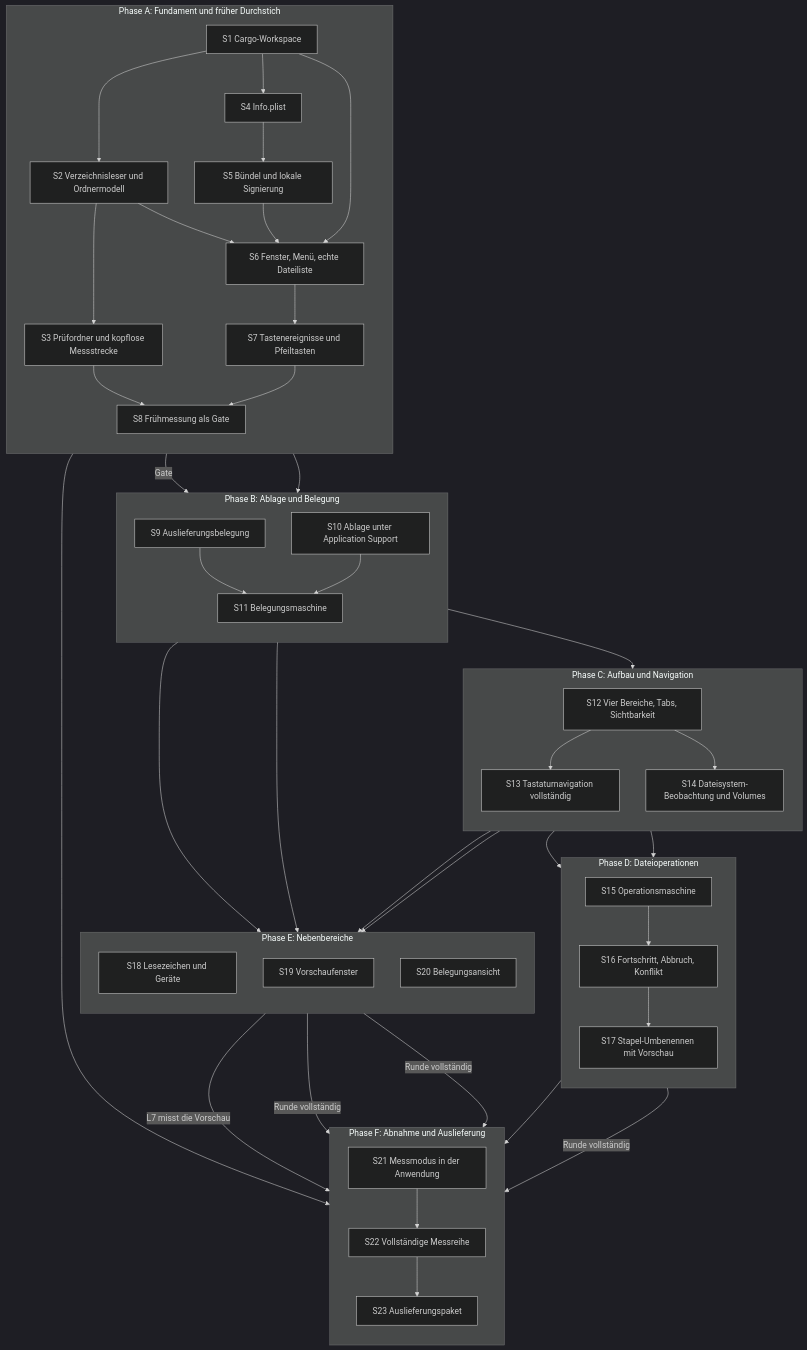
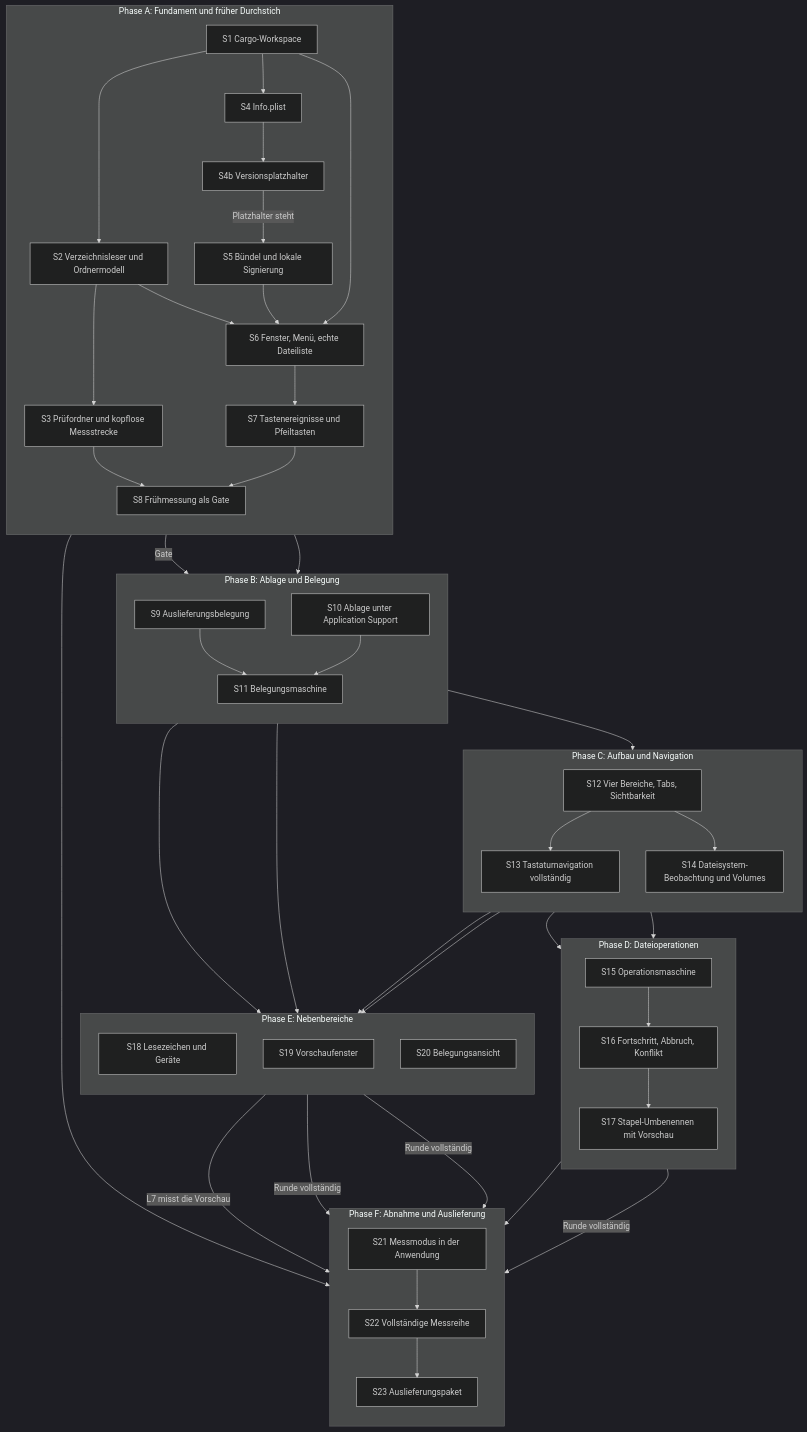
Before and after one commit to tenzoki/krk: the fourth of 4 diagrams in fusion-workbench/circles/260802-0842-krk-mac-dateimanager-editor-git/planning/260802-1428_o_plan-navigator-geruest-runde-1.md, drawn with Mermaid (dark theme). The commit also changed other lines of this file and 9 other files, not shown here.

````diff
--- a/fusion-workbench/circles/260802-0842-krk-mac-dateimanager-editor-git/planning/260802-1428_o_plan-navigator-geruest-runde-1.md
+++ b/fusion-workbench/circles/260802-0842-krk-mac-dateimanager-editor-git/planning/260802-1428_o_plan-navigator-geruest-runde-1.md
@@ -303,78 +316,80 @@
 ```mermaid
 flowchart TD
   subgraph A["Phase A: Fundament und früher Durchstich"]
     direction TB
     S1["S1 Cargo-Workspace"]
     S2["S2 Verzeichnisleser und Ordnermodell"]
     S3["S3 Prüfordner und kopflose Messstrecke"]
     S4["S4 Info.plist"]
+    S4B["S4b Versionsplatzhalter"]
     S5["S5 Bündel und lokale Signierung"]
     S6["S6 Fenster, Menü, echte Dateiliste"]
     S7["S7 Tastenereignisse und Pfeiltasten"]
     S8["S8 Frühmessung als Gate"]
   end
   subgraph B["Phase B: Ablage und Belegung"]
     direction TB
     S9["S9 Auslieferungsbelegung"]
     S10["S10 Ablage unter Application Support"]
     S11["S11 Belegungsmaschine"]
   end
   subgraph C["Phase C: Aufbau und Navigation"]
     direction TB
     S12["S12 Vier Bereiche, Tabs, Sichtbarkeit"]
     S13["S13 Tastaturnavigation vollständig"]
     S14["S14 Dateisystem-Beobachtung und Volumes"]
   end
   subgraph D["Phase D: Dateioperationen"]
     direction TB
     S15["S15 Operationsmaschine"]
     S16["S16 Fortschritt, Abbruch, Konflikt"]
     S17["S17 Stapel-Umbenennen mit Vorschau"]
   end
   subgraph E["Phase E: Nebenbereiche"]
     direction TB
     S18["S18 Lesezeichen und Geräte"]
     S19["S19 Vorschaufenster"]
     S20["S20 Belegungsansicht"]
   end
   subgraph F["Phase F: Abnahme und Auslieferung"]
     direction TB
     S21["S21 Messmodus in der Anwendung"]
     S22["S22 Vollständige Messreihe"]
     S23["S23 Auslieferungspaket"]
   end
 
   S1 --> S2
   S1 --> S4
   S2 --> S3
-  S4 --> S5
+  S4 --> S4B
+  S4B -->|Platzhalter steht| S5
   S1 --> S6
   S2 --> S6
   S5 --> S6
   S6 --> S7
   S3 --> S8
   S7 --> S8
   S8 -->|Gate| S9
   S1 --> S10
   S9 --> S11
   S10 --> S11
   S11 --> S12
   S12 --> S13
   S12 --> S14
   S13 --> S15
   S14 --> S15
   S15 --> S16
   S16 --> S17
   S14 --> S18
   S10 --> S18
   S12 --> S19
   S11 --> S20
   S16 --> S21
   S19 -->|L7 misst die Vorschau| S21
   S21 --> S22
   S5 --> S23
   S22 --> S23
   S17 -->|Runde vollständig| S23
   S18 -->|Runde vollständig| S23
   S20 -->|Runde vollständig| S23
 ```
````
